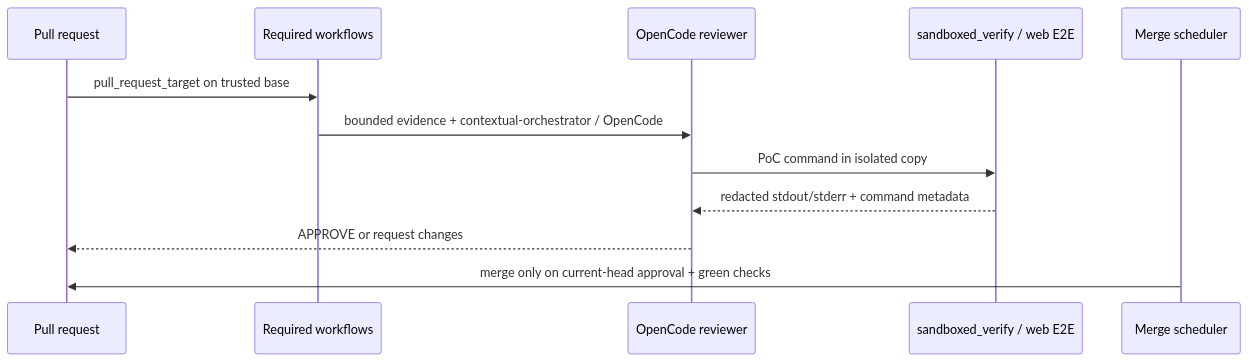
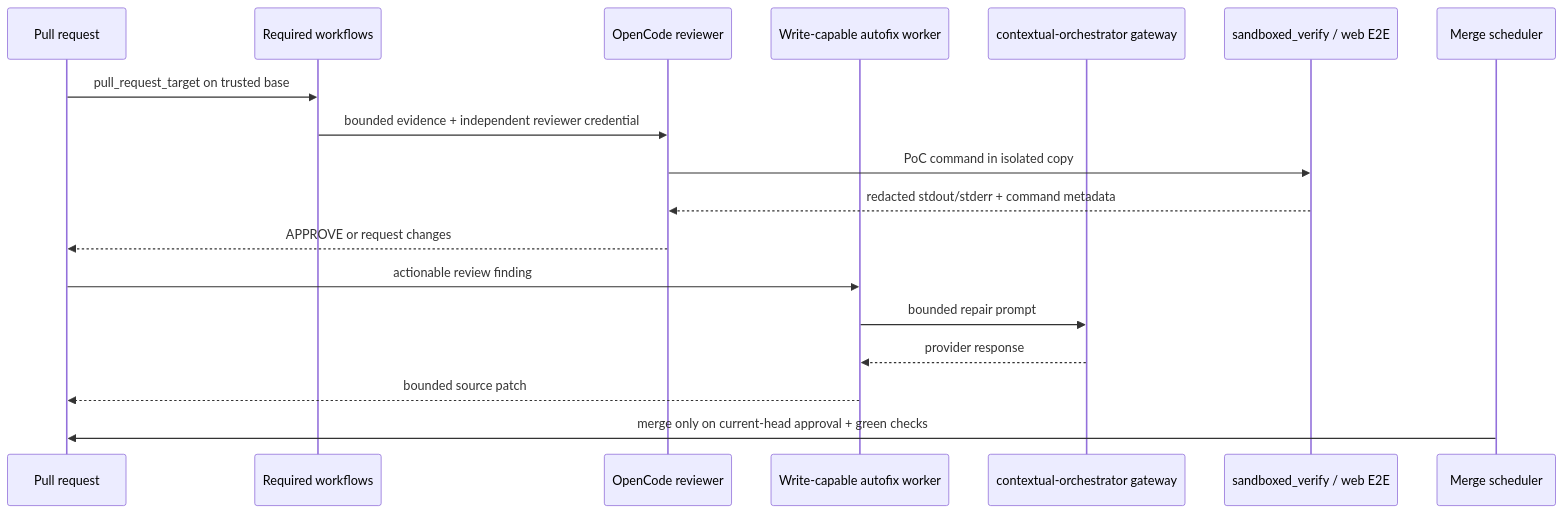
The third of 3 diagrams in ARCHITECTURE.md (ContextualWisdomLab/.github), drawn with Mermaid before and after one commit. The commit also changed 2 other files, not shown here.

Commit message:
fix(autofix): clarify gateway trust boundaries

````diff
--- a/ARCHITECTURE.md
+++ b/ARCHITECTURE.md
@@ -77,15 +77,21 @@
 ```mermaid
 sequenceDiagram
   participant PR as Pull request
   participant RW as Required workflows
   participant OC as OpenCode reviewer
+  participant AF as Write-capable autofix worker
+  participant GW as contextual-orchestrator gateway
   participant SV as sandboxed_verify / web E2E
   participant MS as Merge scheduler
 
   PR->>RW: pull_request_target on trusted base
-  RW->>OC: bounded evidence + contextual-orchestrator / OpenCode
+  RW->>OC: bounded evidence + independent reviewer credential
   OC->>SV: PoC command in isolated copy
   SV-->>OC: redacted stdout/stderr + command metadata
   OC-->>PR: APPROVE or request changes
+  PR->>AF: actionable review finding
+  AF->>GW: bounded repair prompt
+  GW-->>AF: provider response
+  AF-->>PR: bounded source patch
   MS->>PR: merge only on current-head approval + green checks
 ```
````
